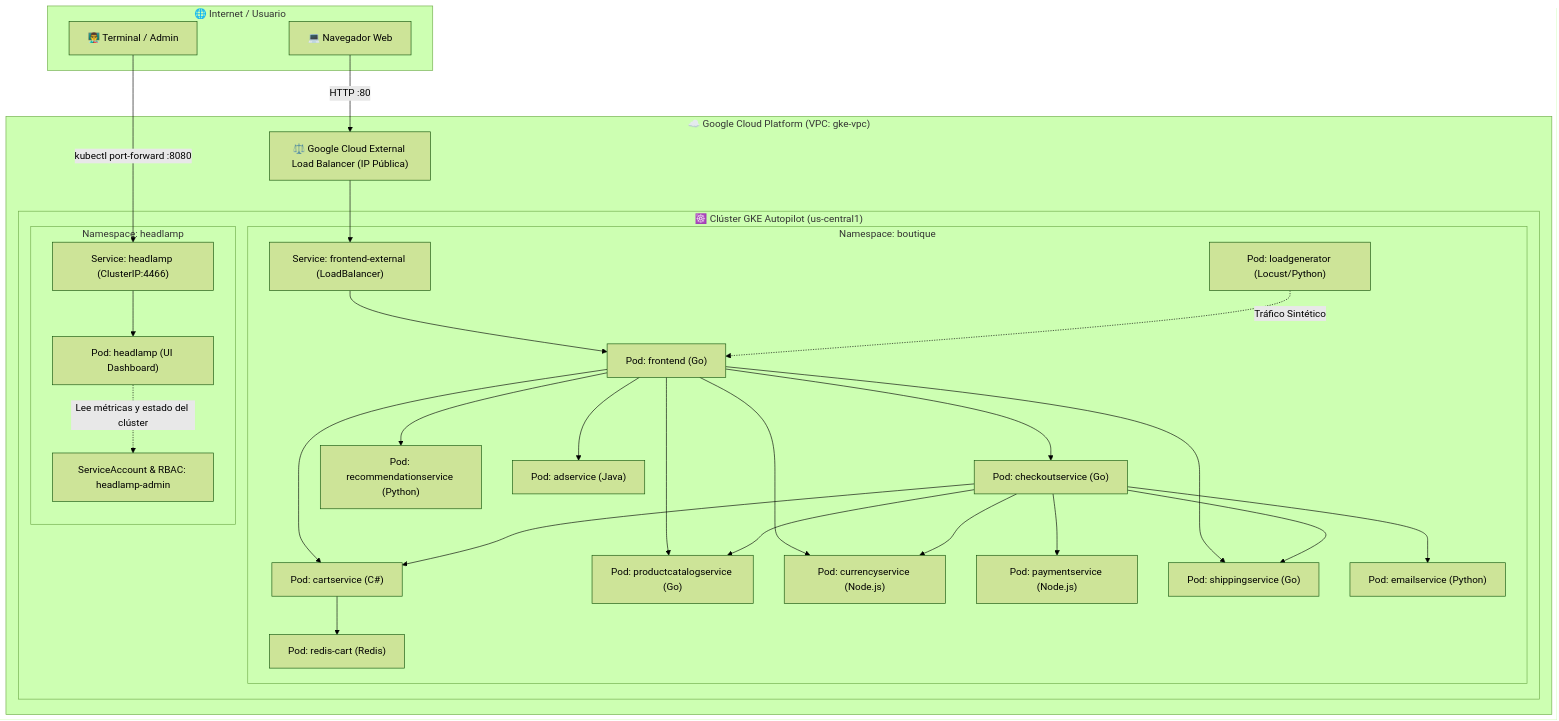
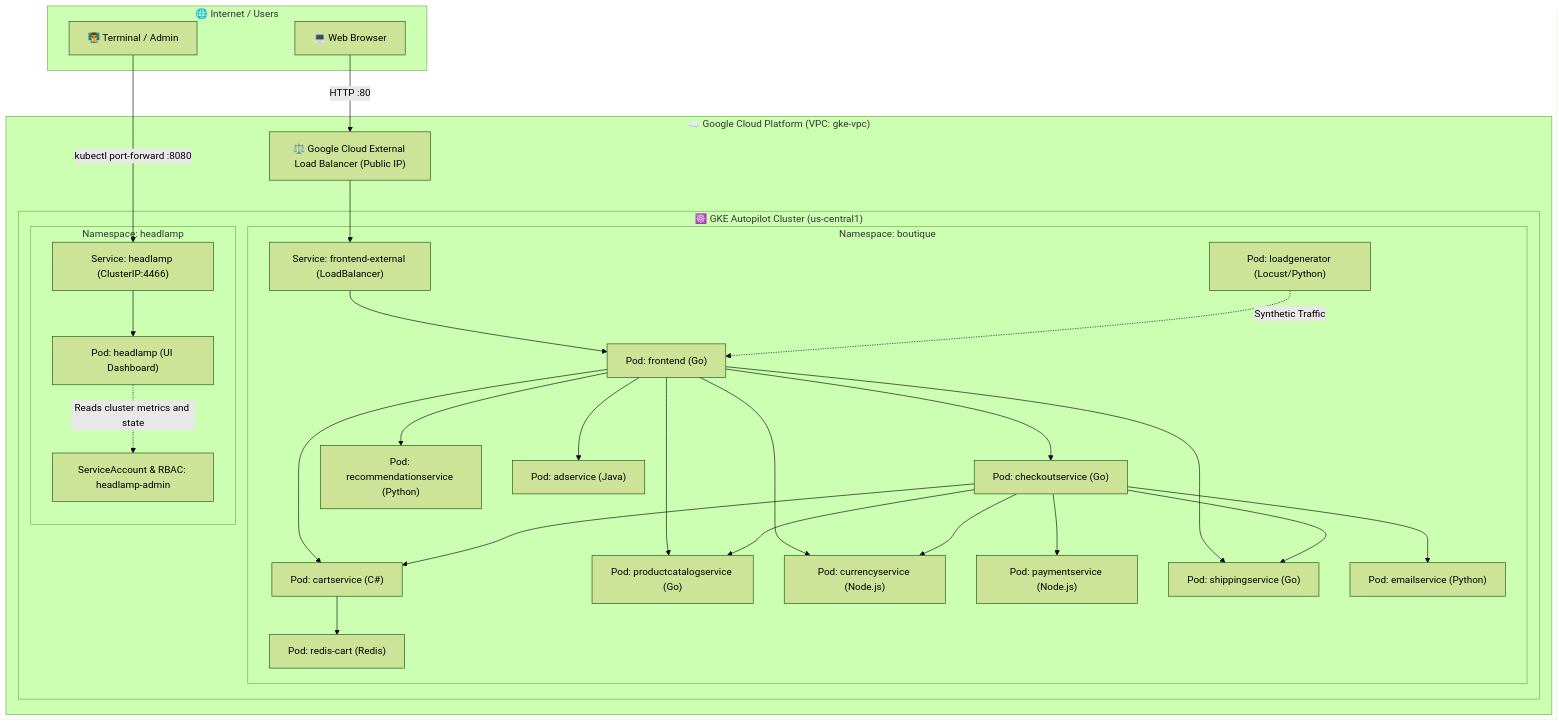
The diagram in kubernetes/manifests/README.md (joanroamora/K8SLab1), drawn with Mermaid (forest theme) before and after one commit. The commit also changed other lines of this file and 4 other files, not shown here.

````diff
--- a/kubernetes/manifests/README.md
+++ b/kubernetes/manifests/README.md
@@ -13,50 +13,50 @@
 ```mermaid
 graph TD
-    subgraph Internet ["🌐 Internet / Usuario"]
-        User["💻 Navegador Web"]
+    subgraph Internet ["🌐 Internet / Users"]
+        User["💻 Web Browser"]
         Instructor["👨‍🏫 Terminal / Admin"]
     end
 
     subgraph GCP ["☁️ Google Cloud Platform (VPC: gke-vpc)"]
-        GCP_LB["⚖️ Google Cloud External Load Balancer (IP Pública)"]
+        GCP_LB["⚖️ Google Cloud External Load Balancer (Public IP)"]
         
-        subgraph GKE ["☸️ Clúster GKE Autopilot (us-central1)"]
+        subgraph GKE ["☸️ GKE Autopilot Cluster (us-central1)"]
             
             subgraph NS_Boutique ["Namespace: boutique"]
                 FE_SVC["Service: frontend-external (LoadBalancer)"]
                 FE["Pod: frontend (Go)"]
                 
                 CART["Pod: cartservice (C#)"]
                 REDIS["Pod: redis-cart (Redis)"]
                 CATALOG["Pod: productcatalogservice (Go)"]
                 CURRENCY["Pod: currencyservice (Node.js)"]
                 PAYMENT["Pod: paymentservice (Node.js)"]
                 SHIPPING["Pod: shippingservice (Go)"]
                 EMAIL["Pod: emailservice (Python)"]
                 CHECKOUT["Pod: checkoutservice (Go)"]
                 RECOM["Pod: recommendationservice (Python)"]
                 AD["Pod: adservice (Java)"]
                 LOADGEN["Pod: loadgenerator (Locust/Python)"]
             end
             
             subgraph NS_Headlamp ["Namespace: headlamp"]
                 HL_SVC["Service: headlamp (ClusterIP:4466)"]
                 HL["Pod: headlamp (UI Dashboard)"]
                 RBAC["ServiceAccount & RBAC: headlamp-admin"]
             end
         end
     end
 
     User -->|HTTP :80| GCP_LB
     GCP_LB --> FE_SVC
     FE_SVC --> FE
     
     FE --> CART & CATALOG & CURRENCY & SHIPPING & CHECKOUT & RECOM & AD
     CART --> REDIS
     CHECKOUT --> PAYMENT & SHIPPING & EMAIL & CART & CATALOG & CURRENCY
-    LOADGEN -.->|Tráfico Sintético| FE
+    LOADGEN -.->|Synthetic Traffic| FE
     
     Instructor -->|kubectl port-forward :8080| HL_SVC
     HL_SVC --> HL
-    HL -.->|Lee métricas y estado del clúster| RBAC
+    HL -.->|Reads cluster metrics and state| RBAC
 ```
````
